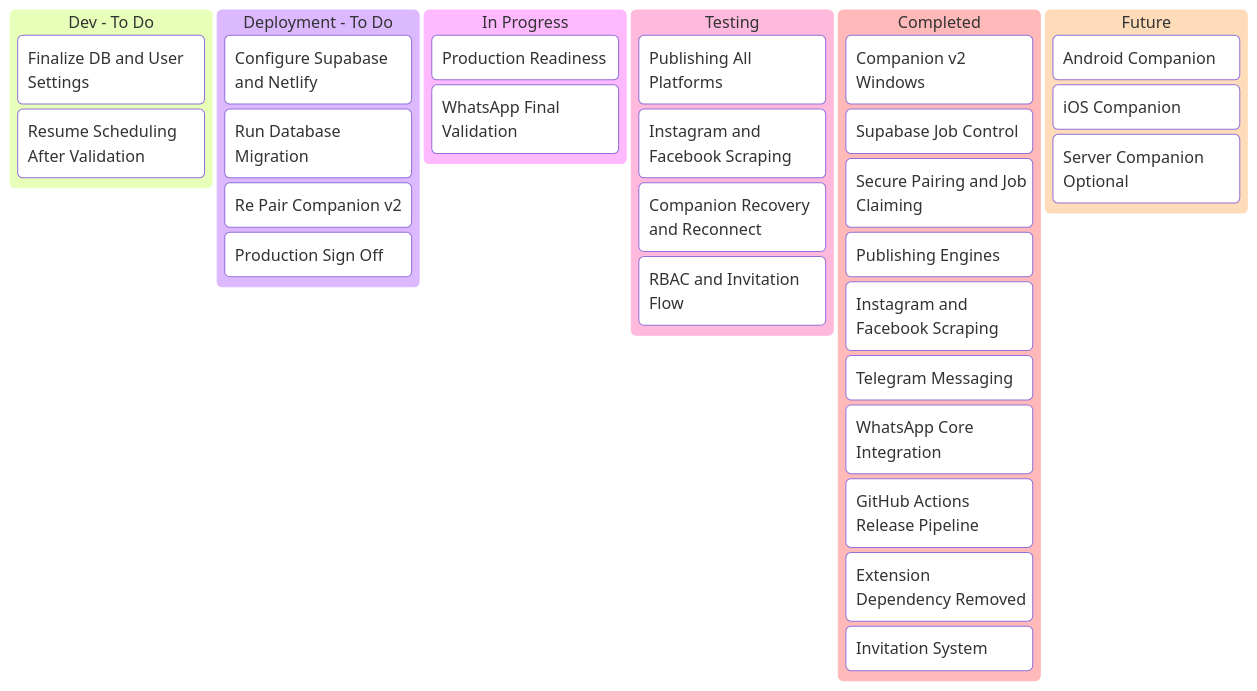
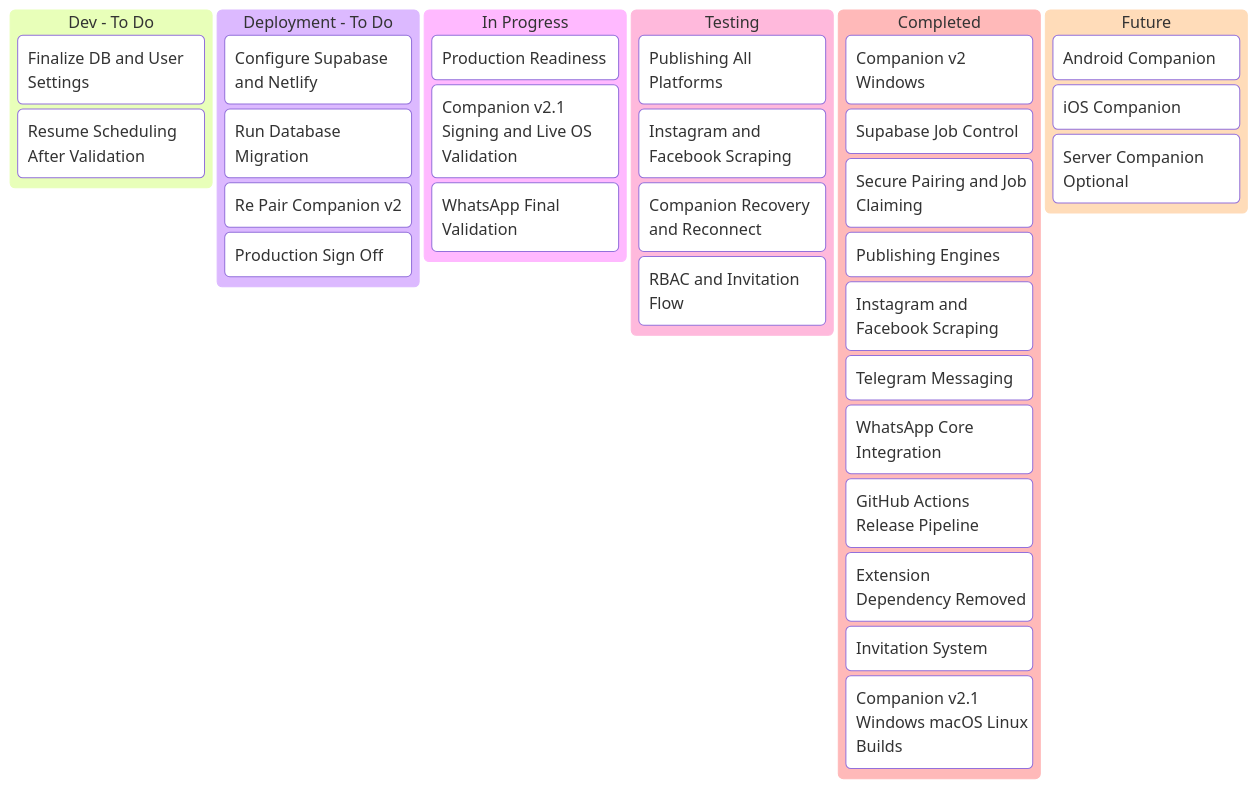
One commit to tinitiateprime/agentic-that changed the first of 2 diagrams in agentic-that-project-tracker.md. Above: the diagram before and after it, drawn with Mermaid. The commit also changed 36 other files, not shown here.

````diff
--- a/agentic-that-project-tracker.md
+++ b/agentic-that-project-tracker.md
@@ -5,39 +5,41 @@
 ```mermaid
 kanban
   devTodo[Dev - To Do]
     dev1[Finalize DB and User Settings]
     dev2[Resume Scheduling After Validation]
 
   deploymentTodo[Deployment - To Do]
     dep1[Configure Supabase and Netlify]
     dep2[Run Database Migration]
     dep3[Re Pair Companion v2]
     dep4[Production Sign Off]
 
   inProgress[In Progress]
     prog1[Production Readiness]
-    prog2[WhatsApp Final Validation]
+    prog2[Companion v2.1 Signing and Live OS Validation]
+    prog3[WhatsApp Final Validation]
 
   testing[Testing]
     test1[Publishing All Platforms]
     test2[Instagram and Facebook Scraping]
     test3[Companion Recovery and Reconnect]
     test4[RBAC and Invitation Flow]
 
   completed[Completed]
     done1[Companion v2 Windows]
     done2[Supabase Job Control]
     done3[Secure Pairing and Job Claiming]
     done4[Publishing Engines]
     done5[Instagram and Facebook Scraping]
     done6[Telegram Messaging]
     done7[WhatsApp Core Integration]
     done8[GitHub Actions Release Pipeline]
     done9[Extension Dependency Removed]
     done10[Invitation System]
+    done11[Companion v2.1 Windows macOS Linux Builds]
 
   future[Future]
     future1[Android Companion]
     future2[iOS Companion]
     future3[Server Companion Optional]
 ```
````
